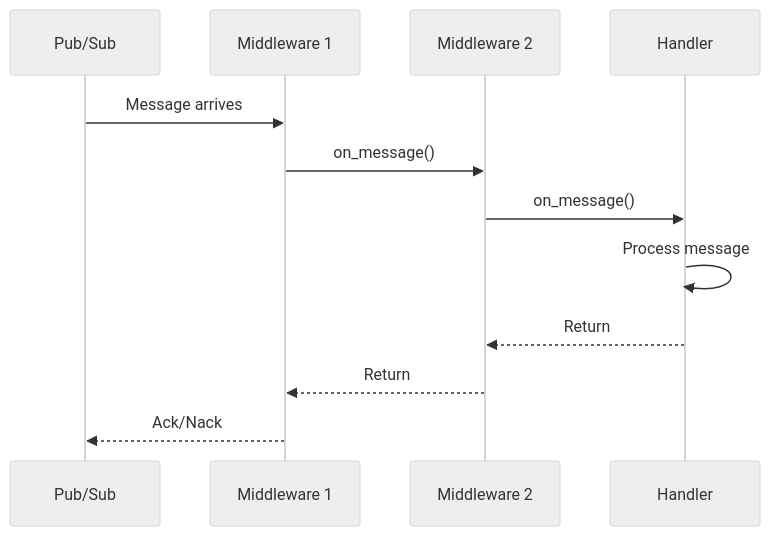
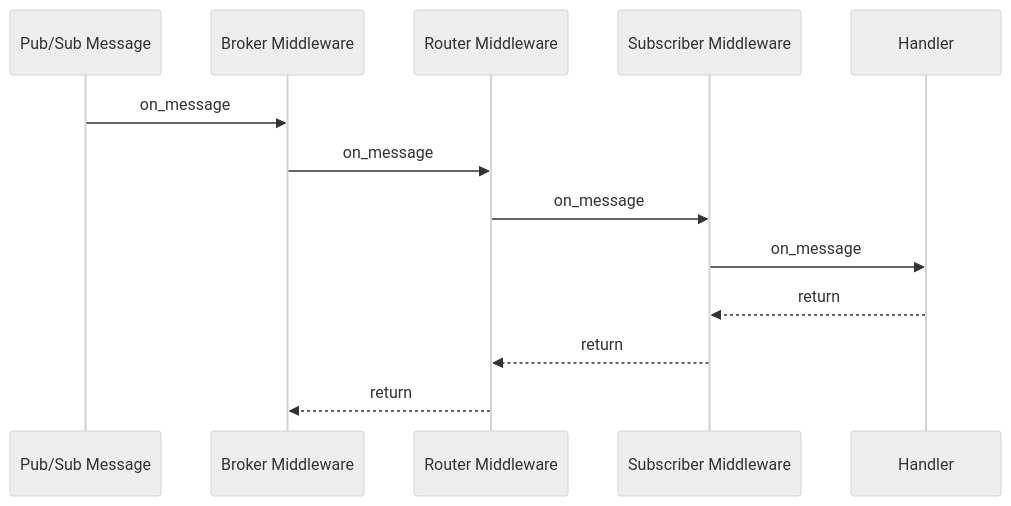
One commit to matheusvnm/fastpubsub changed the diagram in docs/markdown/advanced/custom-middlewares.md. Above: the diagram before and after it, drawn with Mermaid (neutral theme). The commit also changed other lines of this file and 18 other files, not shown here.

````diff
--- a/docs/markdown/advanced/custom-middlewares.md
+++ b/docs/markdown/advanced/custom-middlewares.md
@@ -13,15 +17,16 @@
 ```mermaid
 sequenceDiagram
-    participant P as Pub/Sub
-    participant M1 as Middleware 1
-    participant M2 as Middleware 2
+    participant P as Pub/Sub Message
+    participant B as Broker Middleware
+    participant R as Router Middleware
+    participant S as Subscriber Middleware
     participant H as Handler
 
-    P->>M1: Message arrives
-    M1->>M2: on_message()
-    M2->>H: on_message()
-    H->>H: Process message
-    H-->>M2: Return
-    M2-->>M1: Return
-    M1-->>P: Ack/Nack
+    P->>B: on_message
+    B->>R: on_message
+    R->>S: on_message
+    S->>H: on_message
+    H-->>S: return
+    S-->>R: return
+    R-->>B: return
 ```
````
